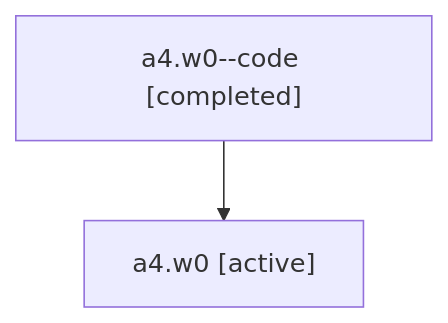
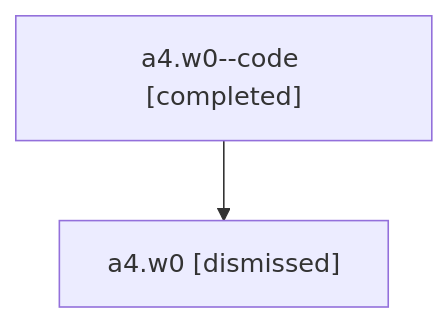
One commit to sase-org/sase--agents changed the diagram in sessions/bbugyi200.athena.a4.w0.md. Above: the diagram before and after it, drawn with Mermaid. The commit also changed other lines of this file and 35 other files, not shown here.

````diff
--- a/sessions/bbugyi200.athena.a4.w0.md
+++ b/sessions/bbugyi200.athena.a4.w0.md
@@ -9,6 +9,6 @@
 ```mermaid
 flowchart TD
   n0["a4.w0--code [completed]"]
-  n1["a4.w0 [active]"]
+  n1["a4.w0 [dismissed]"]
   n0 --> n1
 ```
````
